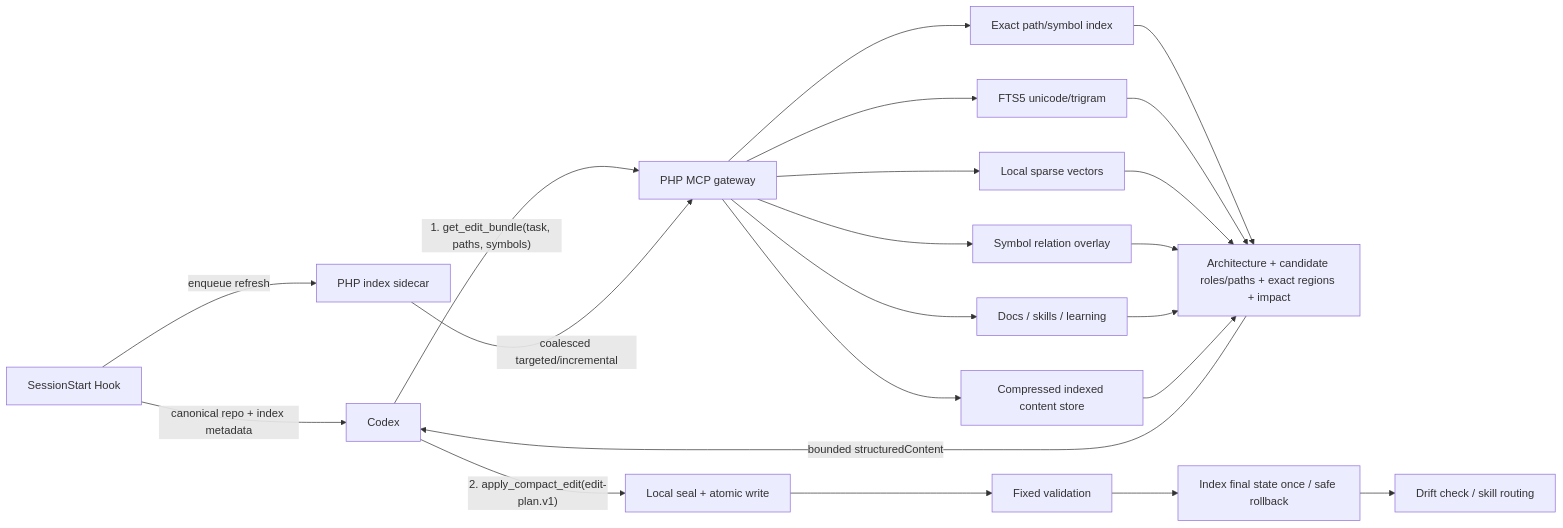
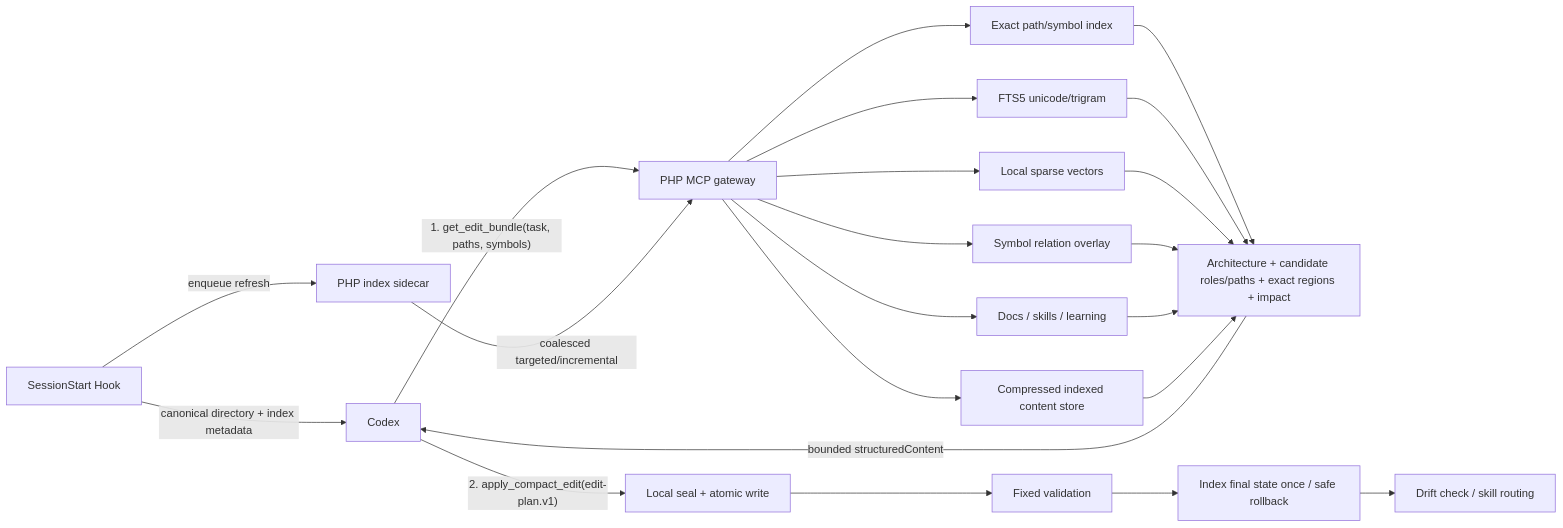
The diagram in docs/PROJECT-INTELLIGENCE.md (Aiweline/Weline-Codex-Mcp), drawn with Mermaid before and after one commit. The commit also changed other lines of this file and 34 other files, not shown here.

````diff
--- a/docs/PROJECT-INTELLIGENCE.md
+++ b/docs/PROJECT-INTELLIGENCE.md
@@ -16,19 +16,19 @@
 ```mermaid
 flowchart LR
     C["Codex"] -->|"1. get_edit_bundle(task, paths, symbols)"| G["PHP MCP gateway"]
-    H["SessionStart Hook"] -->|"canonical repo + index metadata"| C
+    H["SessionStart Hook"] -->|"canonical directory + index metadata"| C
     H -->|"enqueue refresh"| S["PHP index sidecar"]
     S -->|"coalesced targeted/incremental"| G
     G --> E["Exact path/symbol index"]
     G --> F["FTS5 unicode/trigram"]
     G --> V["Local sparse vectors"]
     G --> R["Symbol relation overlay"]
     G --> K["Docs / skills / learning"]
     G --> B["Compressed indexed content store"]
     E & F & V & R & K & B --> A["Architecture + candidate roles/paths + exact regions + impact"]
     A -->|"bounded structuredContent"| C
     C -->|"2. apply_compact_edit(edit-plan.v1)"| P["Local seal + atomic write"]
     P --> W["Fixed validation"]
     W --> X["Index final state once / safe rollback"]
     X --> D["Drift check / skill routing"]
 ```
````
